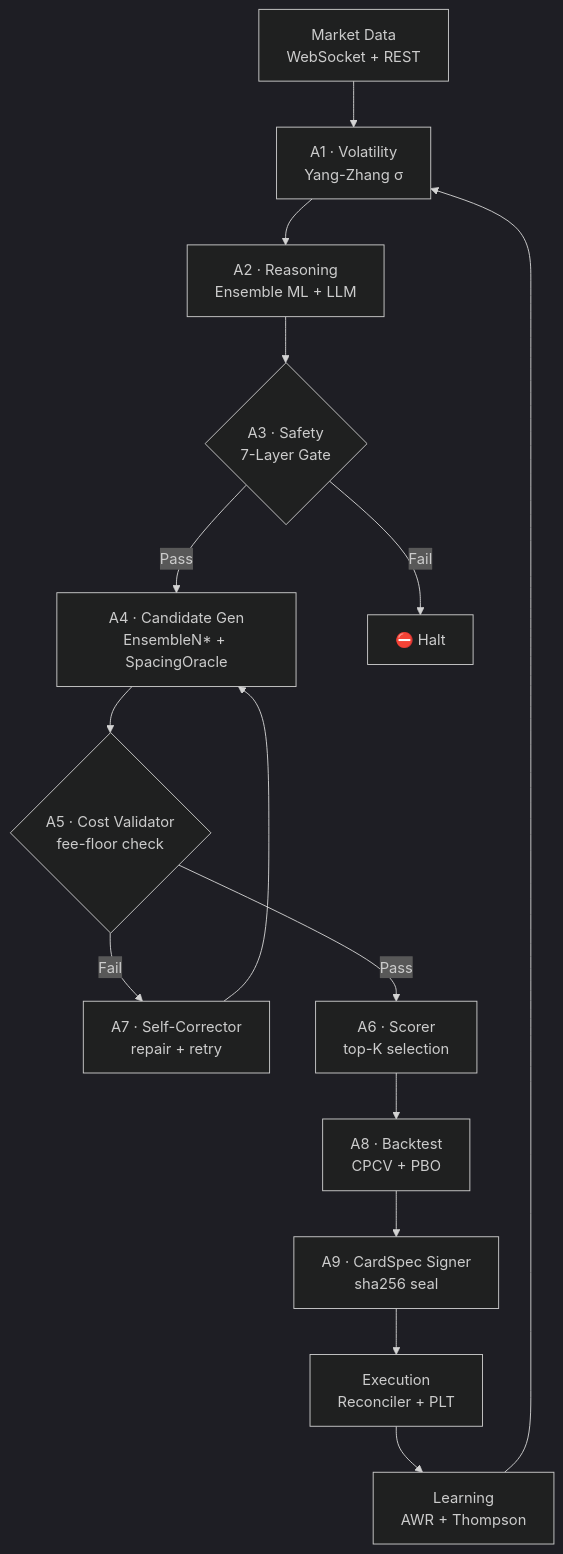
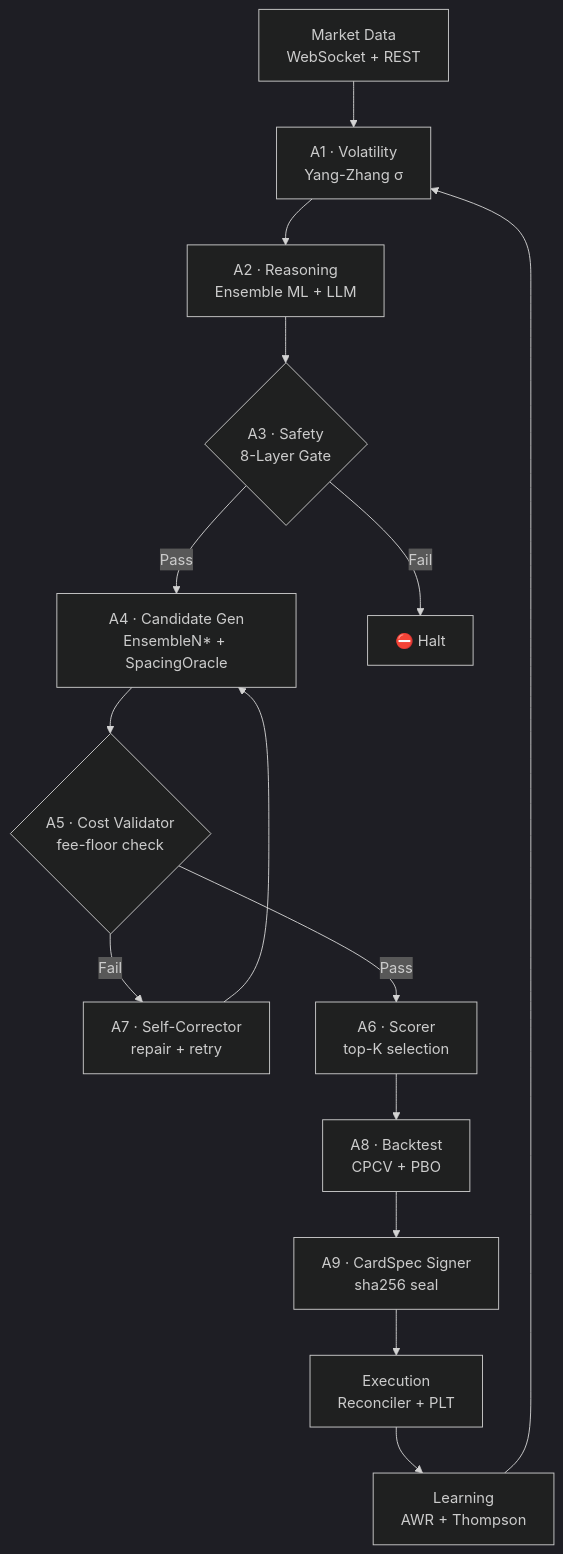
Before and after one commit to dros-core/deep-reasoning-os: the diagram in docs/architecture.md, drawn with Mermaid (dark theme). The commit also changed other lines of this file, not shown here.

Commit message:
docs: update architecture.md — 8-Layer Safety Gate

````diff
--- a/docs/architecture.md
+++ b/docs/architecture.md
@@ -9,17 +9,17 @@
 ```mermaid
 flowchart TD
     MD[Market Data\nWebSocket + REST] --> A1[A1 · Volatility\nYang-Zhang σ]
     A1 --> A2[A2 · Reasoning\nEnsemble ML + LLM]
-    A2 --> A3{A3 · Safety\n7-Layer Gate}
+    A2 --> A3{A3 · Safety\n8-Layer Gate}
     A3 -->|Pass| A4[A4 · Candidate Gen\nEnsembleN* + SpacingOracle]
     A3 -->|Fail| HALT[⛔ Halt]
     A4 --> A5{A5 · Cost Validator\nfee-floor check}
     A5 -->|Fail| A7[A7 · Self-Corrector\nrepair + retry]
     A7 --> A4
     A5 -->|Pass| A6[A6 · Scorer\ntop-K selection]
     A6 --> A8[A8 · Backtest\nCPCV + PBO]
     A8 --> A9[A9 · CardSpec Signer\nsha256 seal]
     A9 --> EX[Execution\nReconciler + PLT]
     EX --> LN[Learning\nAWR + Thompson]
     LN --> A1
 ```
````
